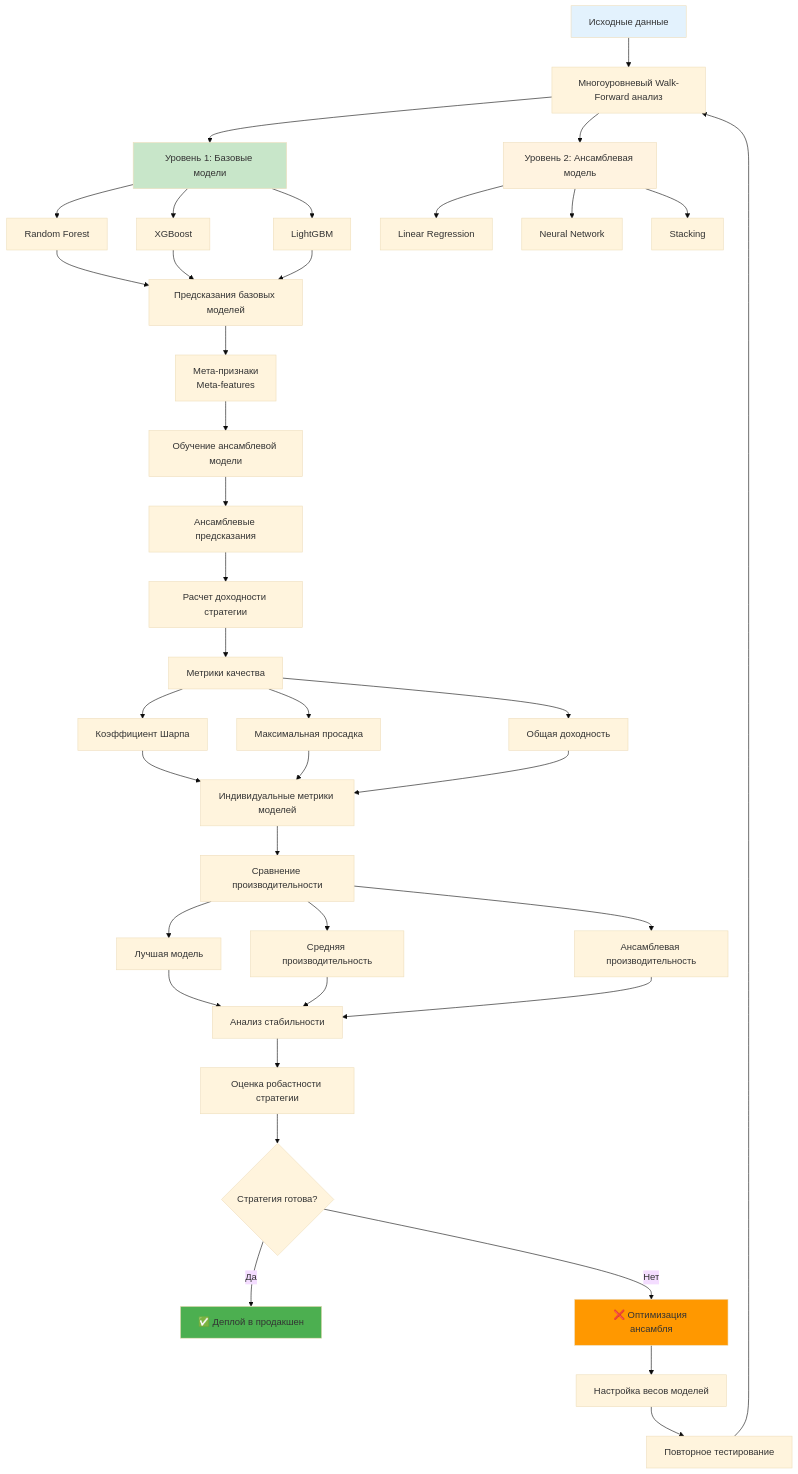
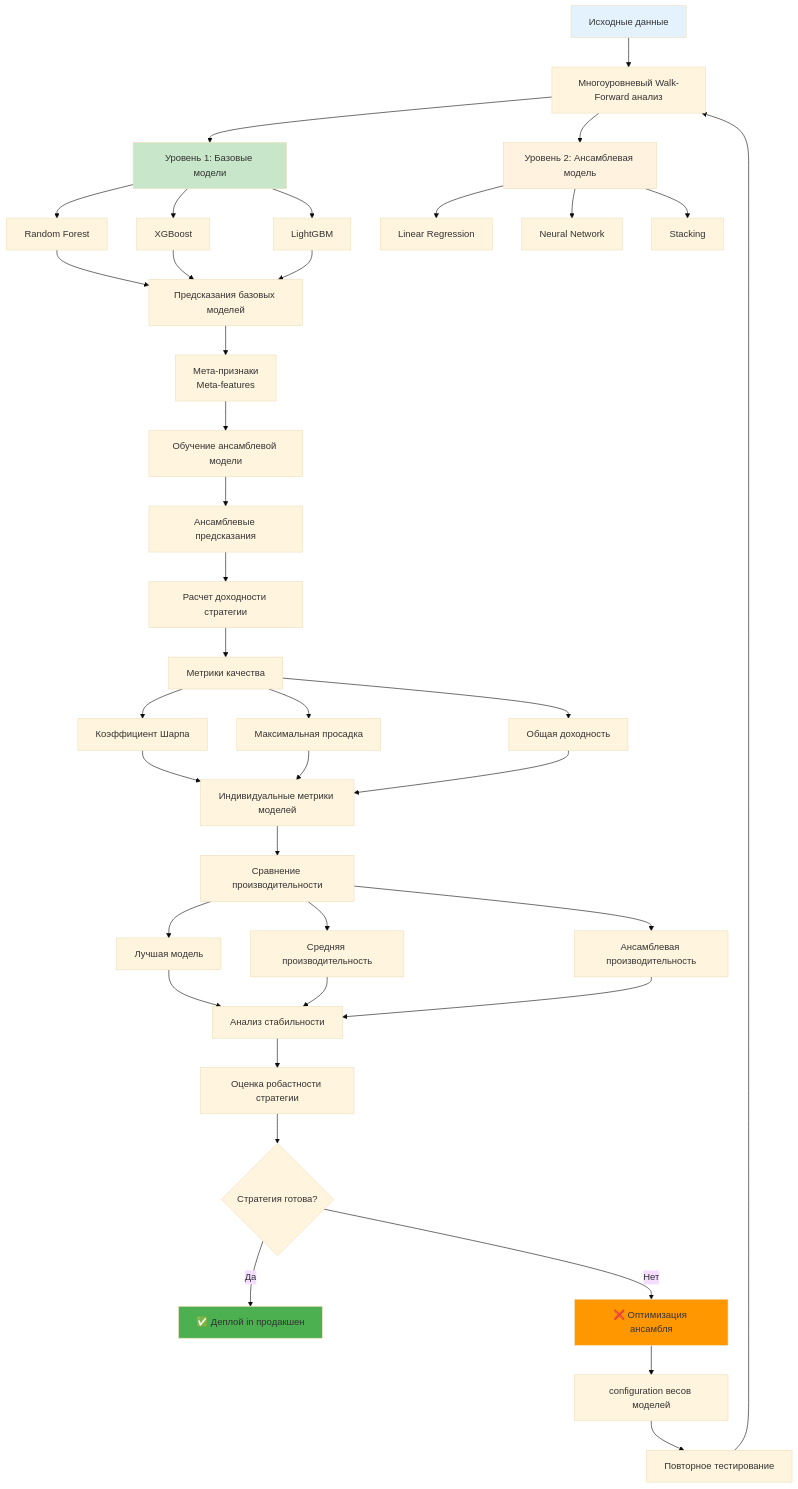
One commit to NeoZorK/neozork-hld-prediction changed the fifth of 8 diagrams in docs/automl/gluon/30_walk_forward_analysis.md. Above: the diagram before and after it, drawn with Mermaid (base theme). The commit also changed other lines of this file and 19 other files, not shown here.

````diff
--- a/docs/automl/gluon/30_walk_forward_analysis.md
+++ b/docs/automl/gluon/30_walk_forward_analysis.md
@@ -822,57 +822,57 @@
 ```mermaid
 graph TD
-    A[Исходные данные] --> B[Многоуровневый Walk-Forward анализ]
-    
-    B --> C[Уровень 1: Базовые модели]
-    C --> D[Random Forest]
-    C --> E[XGBoost]
-    C --> F[LightGBM]
-    
-    B --> G[Уровень 2: Ансамблевая модель]
-    G --> H[Linear Regression]
-    G --> I[Neural Network]
-    G --> J[Stacking]
-    
-    D --> K[Предсказания базовых моделей]
-    E --> K
-    F --> K
-    
-    K --> L[Мета-признаки<br/>Meta-features]
-    L --> M[Обучение ансамблевой модели]
-    
-    M --> N[Ансамблевые предсказания]
-    N --> O[Расчет доходности стратегии]
-    
-    O --> P[Метрики качества]
-    P --> Q[Коэффициент Шарпа]
-    P --> R[Максимальная просадка]
-    P --> S[Общая доходность]
-    
-    Q --> T[Индивидуальные метрики моделей]
-    R --> T
-    S --> T
-    
-    T --> U[Сравнение производительности]
-    U --> V[Лучшая модель]
-    U --> W[Средняя производительность]
-    U --> X[Ансамблевая производительность]
-    
-    V --> Y[Анализ стабильности]
-    W --> Y
-    X --> Y
-    
-    Y --> Z[Оценка робастности стратегии]
-    Z --> AA{Стратегия готова?}
-    AA -->|Да| BB[✅ Деплой в продакшен]
-    AA -->|Нет| CC[❌ Оптимизация ансамбля]
-    
-    CC --> DD[Настройка весов моделей]
-    DD --> EE[Повторное тестирование]
-    EE --> B
-    
-    style A fill:#e3f2fd
-    style C fill:#c8e6c9
-    style G fill:#fff3e0
-    style BB fill:#4caf50
-    style CC fill:#ff9800
+ A[Исходные данные] --> B[Многоуровневый Walk-Forward анализ]
+
+ B --> C[Уровень 1: Базовые модели]
+ C --> D[Random Forest]
+ C --> E[XGBoost]
+ C --> F[LightGBM]
+
+ B --> G[Уровень 2: Ансамблевая модель]
+ G --> H[Linear Regression]
+ G --> I[Neural Network]
+ G --> J[Stacking]
+
+ D --> K[Предсказания базовых моделей]
+ E --> K
+ F --> K
+
+ K --> L[Мета-признаки<br/>Meta-features]
+ L --> M[Обучение ансамблевой модели]
+
+ M --> N[Ансамблевые предсказания]
+ N --> O[Расчет доходности стратегии]
+
+ O --> P[Метрики качества]
+ P --> Q[Коэффициент Шарпа]
+ P --> R[Максимальная просадка]
+ P --> S[Общая доходность]
+
+ Q --> T[Индивидуальные метрики моделей]
+ R --> T
+ S --> T
+
+ T --> U[Сравнение производительности]
+ U --> V[Лучшая модель]
+ U --> W[Средняя производительность]
+ U --> X[Ансамблевая производительность]
+
+ V --> Y[Анализ стабильности]
+ W --> Y
+ X --> Y
+
+ Y --> Z[Оценка робастности стратегии]
+ Z --> AA{Стратегия готова?}
+ AA -->|Да| BB[✅ Деплой in продакшен]
+ AA -->|Нет| CC[❌ Оптимизация ансамбля]
+
+ CC --> DD[configuration весов моделей]
+ DD --> EE[Повторное тестирование]
+ EE --> B
+
+ style A fill:#e3f2fd
+ style C fill:#c8e6c9
+ style G fill:#fff3e0
+ style BB fill:#4caf50
+ style CC fill:#ff9800
 ```
````
